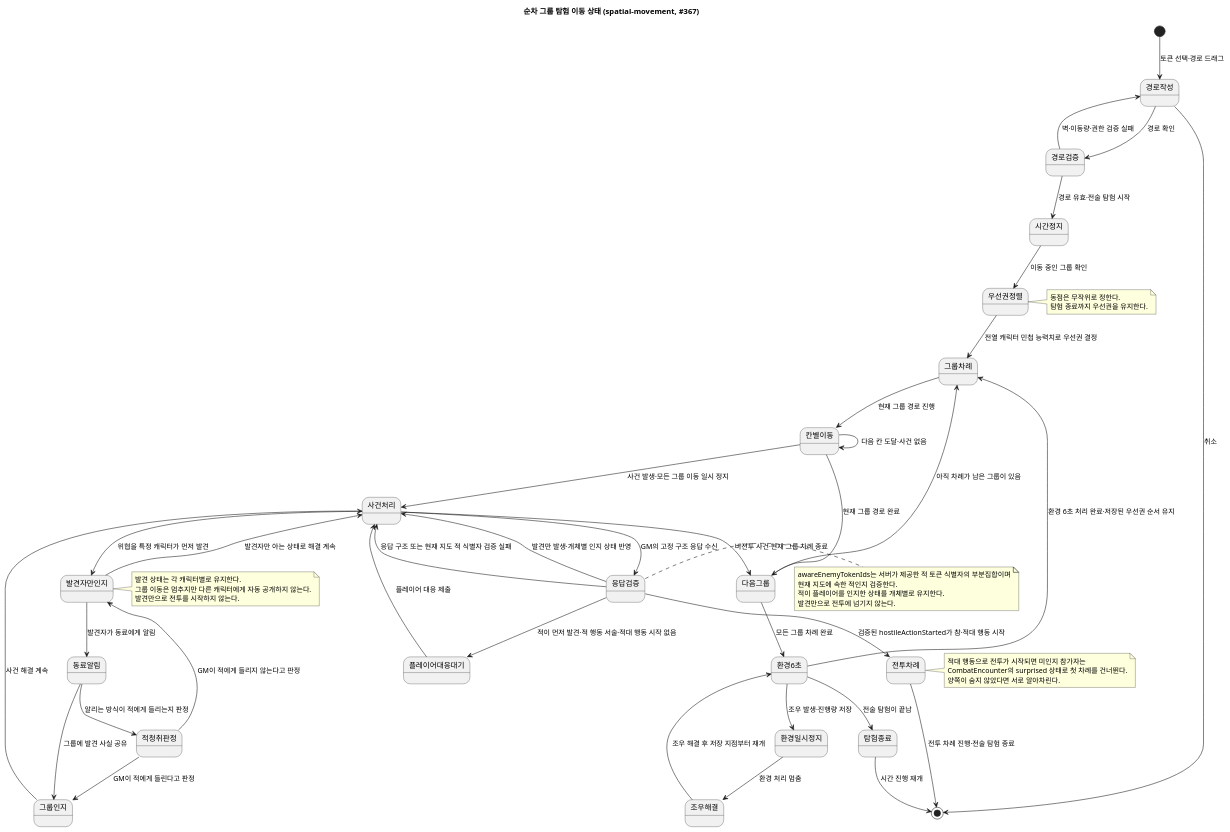
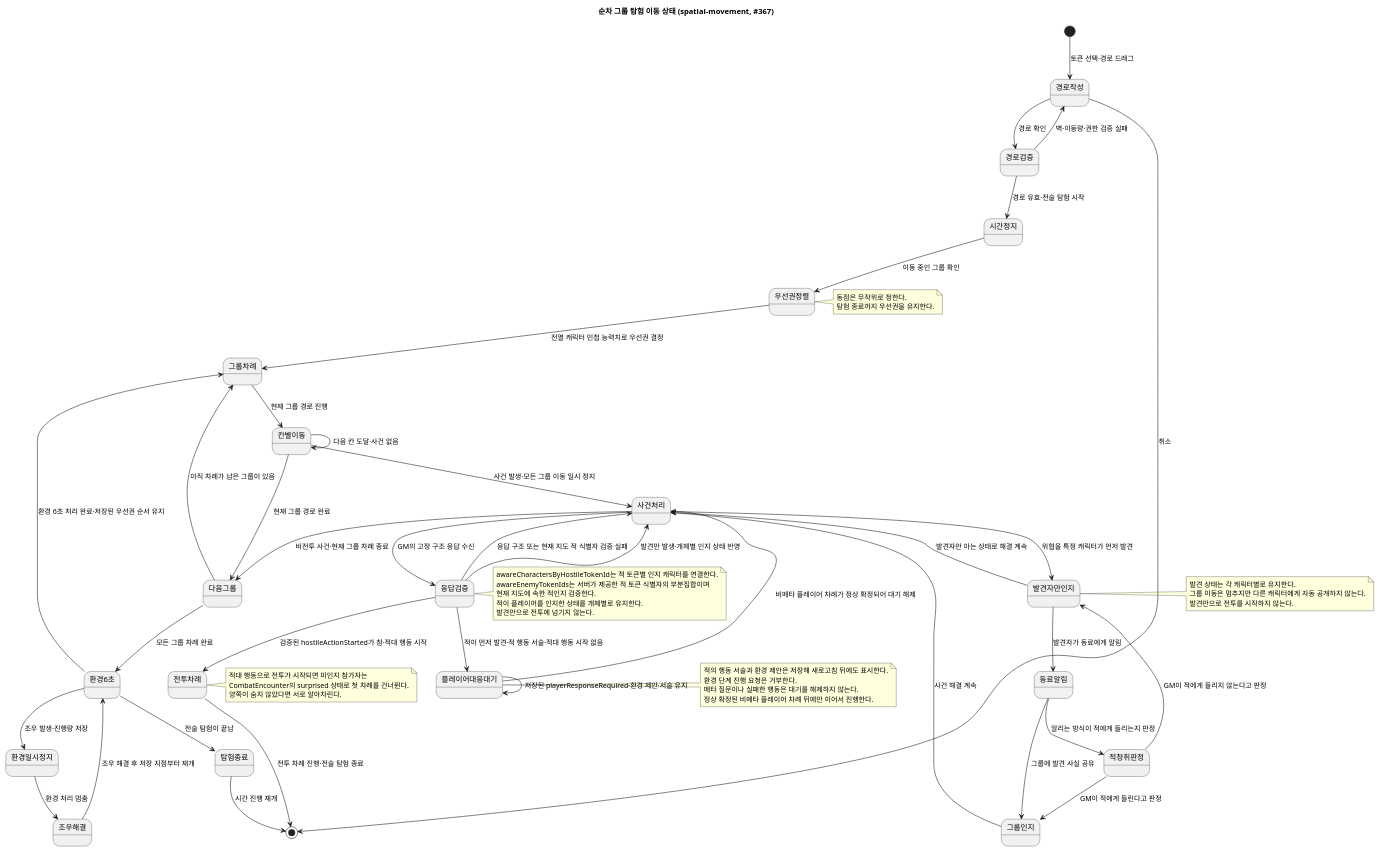
The diagram in docs/contracts/diagrams/spatial-movement.state.puml (omegafrog/dnd-master), drawn with PlantUML before and after one commit. The commit also changed 23 other files, not shown here.

```diff
--- a/docs/contracts/diagrams/spatial-movement.state.puml
+++ b/docs/contracts/diagrams/spatial-movement.state.puml
@@ -1,58 +1,66 @@
 @startuml
  title 순차 그룹 탐험 이동 상태 (spatial-movement, #367)
  [*] --> 경로작성 : 토큰 선택·경로 드래그
  경로작성 --> 경로검증 : 경로 확인
  경로검증 --> 경로작성 : 벽·이동량·권한 검증 실패
  경로검증 --> 시간정지 : 경로 유효·전술 탐험 시작
  시간정지 --> 우선권정렬 : 이동 중인 그룹 확인
  우선권정렬 --> 그룹차례 : 전열 캐릭터 민첩 능력치로 우선권 결정
  note right of 우선권정렬
    동점은 무작위로 정한다.
    탐험 종료까지 우선권을 유지한다.
  end note
  그룹차례 --> 칸별이동 : 현재 그룹 경로 진행
  칸별이동 --> 칸별이동 : 다음 칸 도달·사건 없음
  칸별이동 --> 사건처리 : 사건 발생·모든 그룹 이동 일시 정지
  사건처리 --> 응답검증 : GM의 고정 구조 응답 수신
  응답검증 --> 사건처리 : 응답 구조 또는 현재 지도 적 식별자 검증 실패
  응답검증 --> 전투차례 : 검증된 hostileActionStarted가 참·적대 행동 시작
  응답검증 --> 플레이어대응대기 : 적이 먼저 발견·적 행동 서술·적대 행동 시작 없음
- 플레이어대응대기 --> 사건처리 : 플레이어 대응 제출
+ 플레이어대응대기 --> 플레이어대응대기 : 저장된 playerResponseRequired·환경 제안·서술 유지
+ 플레이어대응대기 --> 사건처리 : 비메타 플레이어 차례가 정상 확정되어 대기 해제
  응답검증 --> 사건처리 : 발견만 발생·개체별 인지 상태 반영
  note right of 응답검증
+   awareCharactersByHostileTokenId는 적 토큰별 인지 캐릭터를 연결한다.
    awareEnemyTokenIds는 서버가 제공한 적 토큰 식별자의 부분집합이며
    현재 지도에 속한 적인지 검증한다.
    적이 플레이어를 인지한 상태를 개체별로 유지한다.
    발견만으로 전투에 넘기지 않는다.
+ end note
+ note right of 플레이어대응대기
+   적의 행동 서술과 환경 제안은 저장해 새로고침 뒤에도 표시한다.
+   환경 단계 진행 요청은 거부한다.
+   메타 질문이나 실패한 행동은 대기를 해제하지 않는다.
+   정상 확정된 비메타 플레이어 차례 뒤에만 이어서 진행한다.
  end note
  사건처리 --> 발견자만인지 : 위협을 특정 캐릭터가 먼저 발견
  발견자만인지 --> 동료알림 : 발견자가 동료에게 알림
  동료알림 --> 그룹인지 : 그룹에 발견 사실 공유
  동료알림 --> 적청취판정 : 알리는 방식이 적에게 들리는지 판정
  적청취판정 --> 그룹인지 : GM이 적에게 들린다고 판정
  적청취판정 --> 발견자만인지 : GM이 적에게 들리지 않는다고 판정
  그룹인지 --> 사건처리 : 사건 해결 계속
  발견자만인지 --> 사건처리 : 발견자만 아는 상태로 해결 계속
  사건처리 --> 다음그룹 : 비전투 사건·현재 그룹 차례 종료
  칸별이동 --> 다음그룹 : 현재 그룹 경로 완료
  다음그룹 --> 그룹차례 : 아직 차례가 남은 그룹이 있음
  다음그룹 --> 환경6초 : 모든 그룹 차례 완료
  환경6초 --> 환경일시정지 : 조우 발생·진행량 저장
  환경일시정지 --> 조우해결 : 환경 처리 멈춤
  조우해결 --> 환경6초 : 조우 해결 후 저장 지점부터 재개
  환경6초 --> 그룹차례 : 환경 6초 처리 완료·저장된 우선권 순서 유지
  전투차례 --> [*] : 전투 차례 진행·전술 탐험 종료
  환경6초 --> 탐험종료 : 전술 탐험이 끝남
  탐험종료 --> [*] : 시간 진행 재개
  경로작성 --> [*] : 취소
  note right of 발견자만인지
    발견 상태는 각 캐릭터별로 유지한다.
    그룹 이동은 멈추지만 다른 캐릭터에게 자동 공개하지 않는다.
    발견만으로 전투를 시작하지 않는다.
  end note
  note right of 전투차례
    적대 행동으로 전투가 시작되면 미인지 참가자는
    CombatEncounter의 surprised 상태로 첫 차례를 건너뛴다.
    양쪽이 숨지 않았다면 서로 알아차린다.
  end note
 @enduml
```
